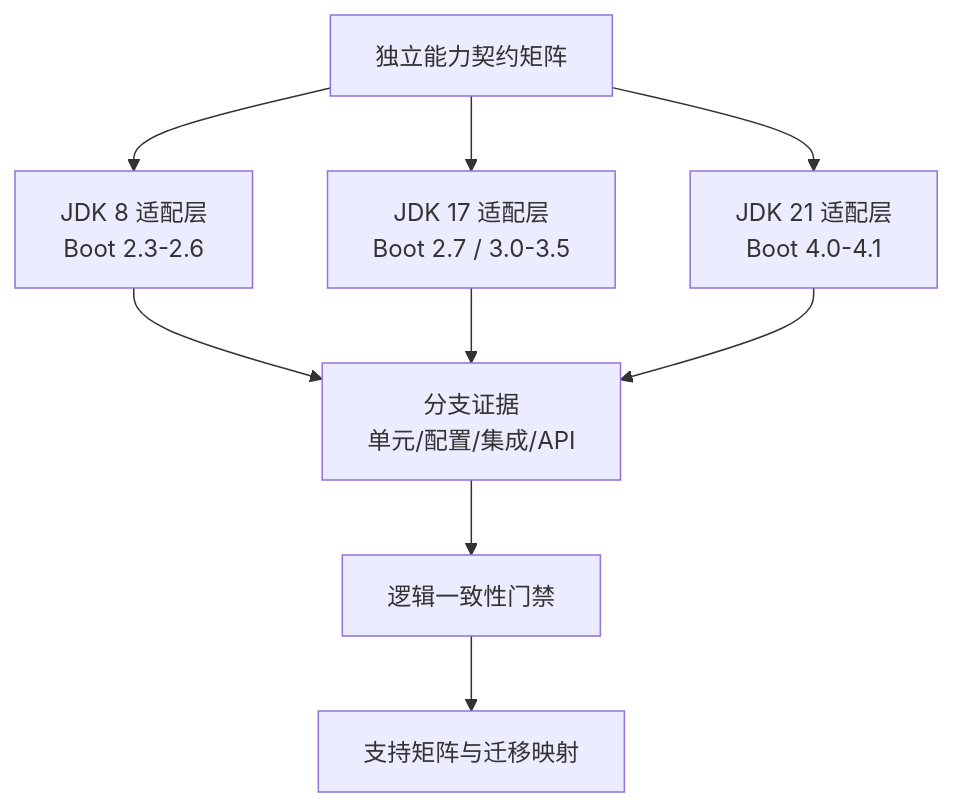
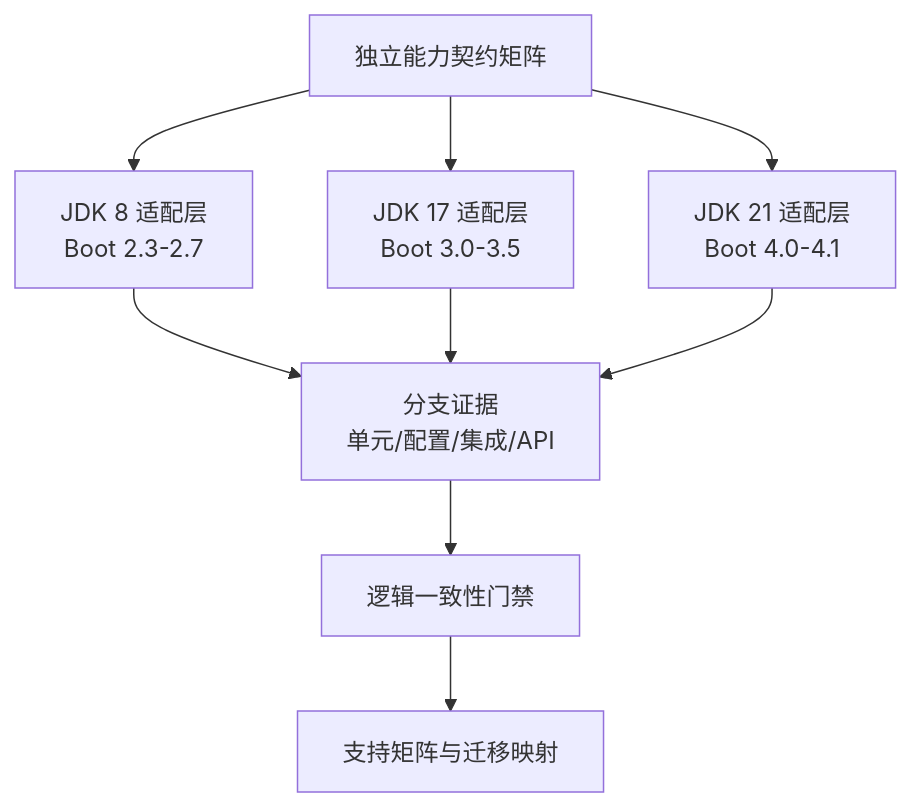
The diagram in docs/superpowers/specs/2026-08-31-cross-jdk-logical-consistency-design.md (ddd-4-java/ddd4j-boot), drawn with Mermaid before and after one commit. The commit also changed other lines of this file and 2 other files, not shown here.

Commit message:
docs: align boot lines with ddd4j JDK families

````diff
--- a/docs/superpowers/specs/2026-08-31-cross-jdk-logical-consistency-design.md
+++ b/docs/superpowers/specs/2026-08-31-cross-jdk-logical-consistency-design.md
@@ -28,13 +28,13 @@
 ```mermaid
 flowchart TB
-    Contract[独立能力契约矩阵] --> J8[JDK 8 适配层\nBoot 2.3-2.6]
-    Contract --> J17[JDK 17 适配层\nBoot 2.7 / 3.0-3.5]
+    Contract[独立能力契约矩阵] --> J8[JDK 8 适配层\nBoot 2.3-2.7]
+    Contract --> J17[JDK 17 适配层\nBoot 3.0-3.5]
     Contract --> J21[JDK 21 适配层\nBoot 4.0-4.1]
 
     J8 --> Evidence[分支证据\n单元/配置/集成/API]
     J17 --> Evidence
     J21 --> Evidence
 
     Evidence --> Gate[逻辑一致性门禁]
     Gate --> Matrix[支持矩阵与迁移映射]
 ```
````
